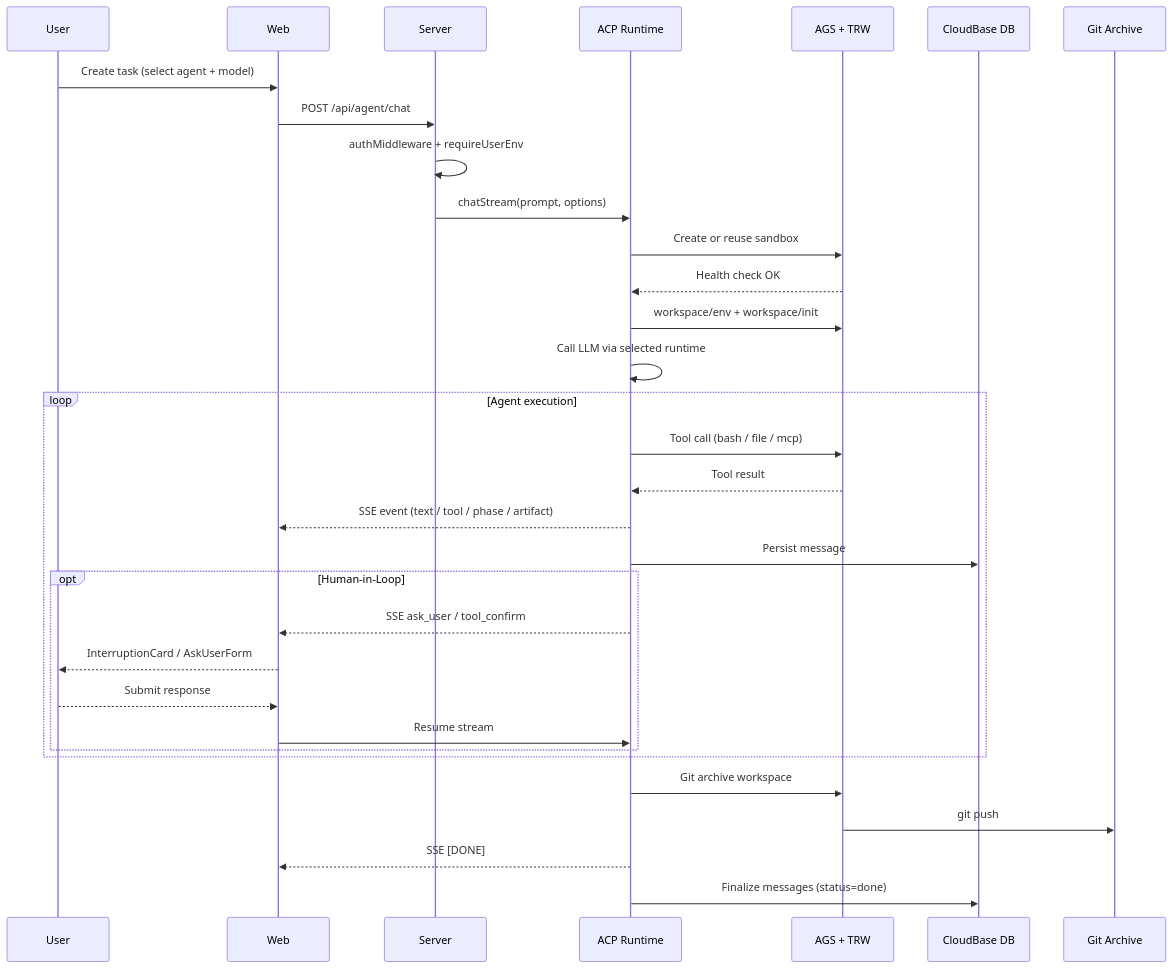
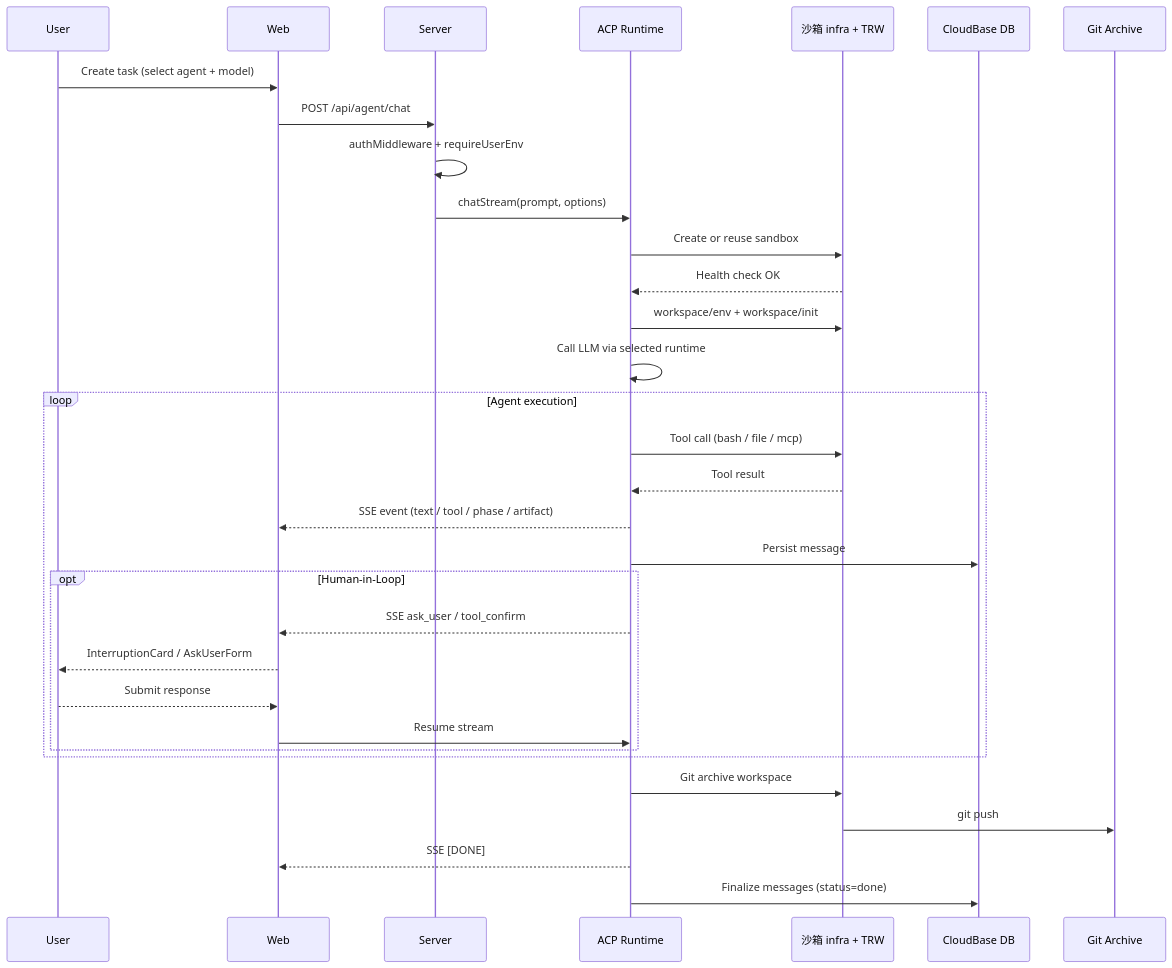
The fourth of 5 diagrams in docs/architecture.md (TencentCloudBase/OpenVibeCoding), drawn with Mermaid before and after one commit. The commit also changed other lines of this file and 14 other files, not shown here.

````diff
--- a/docs/architecture.md
+++ b/docs/architecture.md
@@ -408,37 +408,37 @@
 ```mermaid
 sequenceDiagram
     participant User
     participant Web
     participant Server
     participant Runtime as ACP Runtime
-    participant Sandbox as AGS + TRW
+    participant Sandbox as 沙箱 infra + TRW
     participant DB as CloudBase DB
     participant Git as Git Archive
 
     User->>Web: Create task (select agent + model)
     Web->>Server: POST /api/agent/chat
     Server->>Server: authMiddleware + requireUserEnv
     Server->>Runtime: chatStream(prompt, options)
     Runtime->>Sandbox: Create or reuse sandbox
     Sandbox-->>Runtime: Health check OK
     Runtime->>Sandbox: workspace/env + workspace/init
     Runtime->>Runtime: Call LLM via selected runtime
 
     loop Agent execution
         Runtime->>Sandbox: Tool call (bash / file / mcp)
         Sandbox-->>Runtime: Tool result
         Runtime-->>Web: SSE event (text / tool / phase / artifact)
         Runtime->>DB: Persist message
         opt Human-in-Loop
             Runtime-->>Web: SSE ask_user / tool_confirm
             Web-->>User: InterruptionCard / AskUserForm
             User-->>Web: Submit response
             Web->>Runtime: Resume stream
         end
     end
 
     Runtime->>Sandbox: Git archive workspace
     Sandbox->>Git: git push
     Runtime-->>Web: SSE [DONE]
     Runtime->>DB: Finalize messages (status=done)
 ```
````
